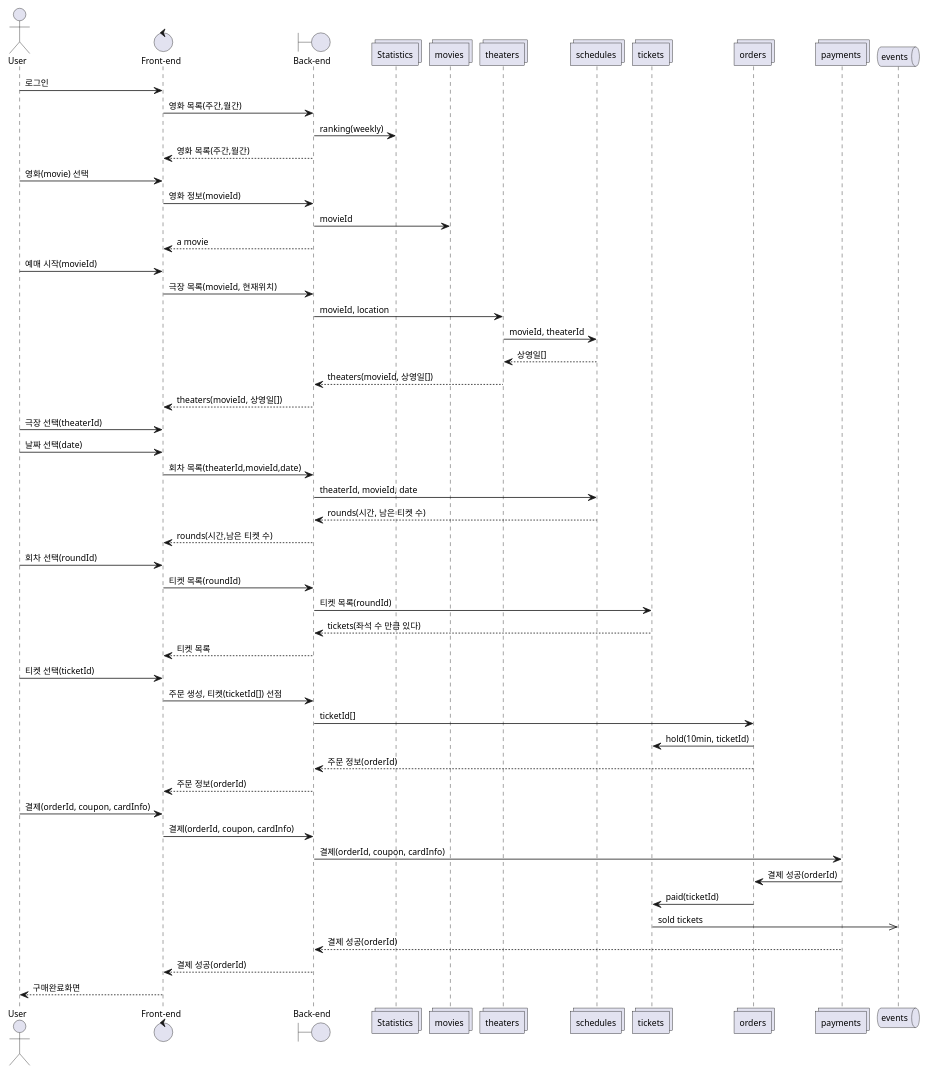
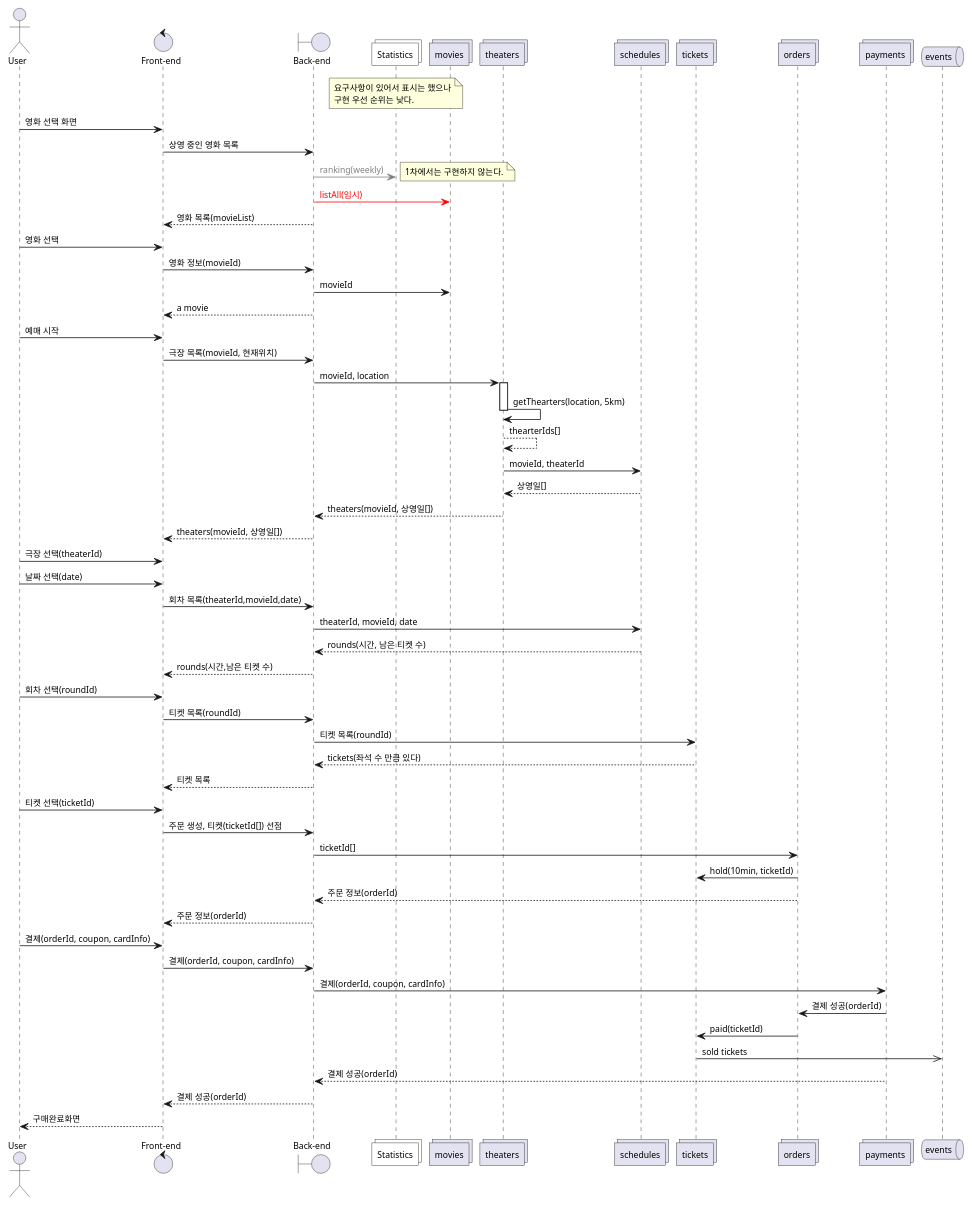
The diagram in docs/buying-tickets.md (hunjuly/nestjs), drawn with PlantUML before and after one commit. The commit also changed other lines of this file and 2 other files, not shown here.

````diff
--- a/docs/buying-tickets.md
+++ b/docs/buying-tickets.md
@@ -70,60 +69,71 @@
 ```plantuml
 @startuml
 ' skinparam shadowing false
 skinparam defaultFontSize 11
 
 actor user as "User"
 control front as "Front-end"
 boundary back as "Back-end"
-collections stats as "Statistics"
+collections stats as "Statistics" #fff
 collections movies
 collections theaters
 collections schedules
 collections tickets
 collections orders
 collections payments
 queue events
 
-user -> front: 로그인
-front -> back: 영화 목록(주간,월간)
-back -> stats: ranking(weekly)
-front <-- back: 영화 목록(주간,월간)
-user -> front: 영화(movie) 선택
+note over stats
+요구사항이 있어서 표시는 했으나
+구현 우선 순위는 낮다.
+end note
+
+user -> front: 영화 선택 화면
+front -> back: 상영 중인 영화 목록
+back -[#gray]> stats: <font color=gray>ranking(weekly)</font>
+note right: 1차에서는 구현하지 않는다.
+back -[#red]> movies: <font color=red>listAll(임시)</font>
+front <-- back: 영화 목록(movieList)
+user -> front: 영화 선택
 front -> back: 영화 정보(movieId)
 back -> movies: movieId
 front <-- back: a movie
-user -> front: 예매 시작(movieId)
+user -> front: 예매 시작
 front -> back: 극장 목록(movieId, 현재위치)
 back -> theaters: movieId, location
+activate theaters
+theaters -> theaters: getThearters(location, 5km)
+deactivate
+return thearterIds[]
 theaters -> schedules: movieId, theaterId
 theaters <-- schedules: 상영일[]
 back <-- theaters: theaters(movieId, 상영일[])
 front <-- back: theaters(movieId, 상영일[])
 user -> front: 극장 선택(theaterId)
 user -> front: 날짜 선택(date)
 front -> back: 회차 목록(theaterId,movieId,date)
 back -> schedules: theaterId, movieId, date
 back <-- schedules: rounds(시간, 남은 티켓 수)
 front <-- back: rounds(시간,남은 티켓 수)
 user -> front: 회차 선택(roundId)
 front -> back: 티켓 목록(roundId)
 back -> tickets: 티켓 목록(roundId)
 back <-- tickets: tickets(좌석 수 만큼 있다)
 front <-- back: 티켓 목록
 user -> front: 티켓 선택(ticketId)
 front -> back: 주문 생성, 티켓(ticketId[]) 선점
 back -> orders: ticketId[]
 tickets <- orders: hold(10min, ticketId)
 back <-- orders: 주문 정보(orderId)
 front <-- back: 주문 정보(orderId)
 user -> front: 결제(orderId, coupon, cardInfo)
 front -> back: 결제(orderId, coupon, cardInfo)
 back -> payments: 결제(orderId, coupon, cardInfo)
 orders <- payments: 결제 성공(orderId)
 tickets <- orders: paid(ticketId)
 tickets ->> events: sold tickets
 back <-- payments: 결제 성공(orderId)
 front <-- back: 결제 성공(orderId)
 user <-- front: 구매완료화면
 @enduml
 ```
````
